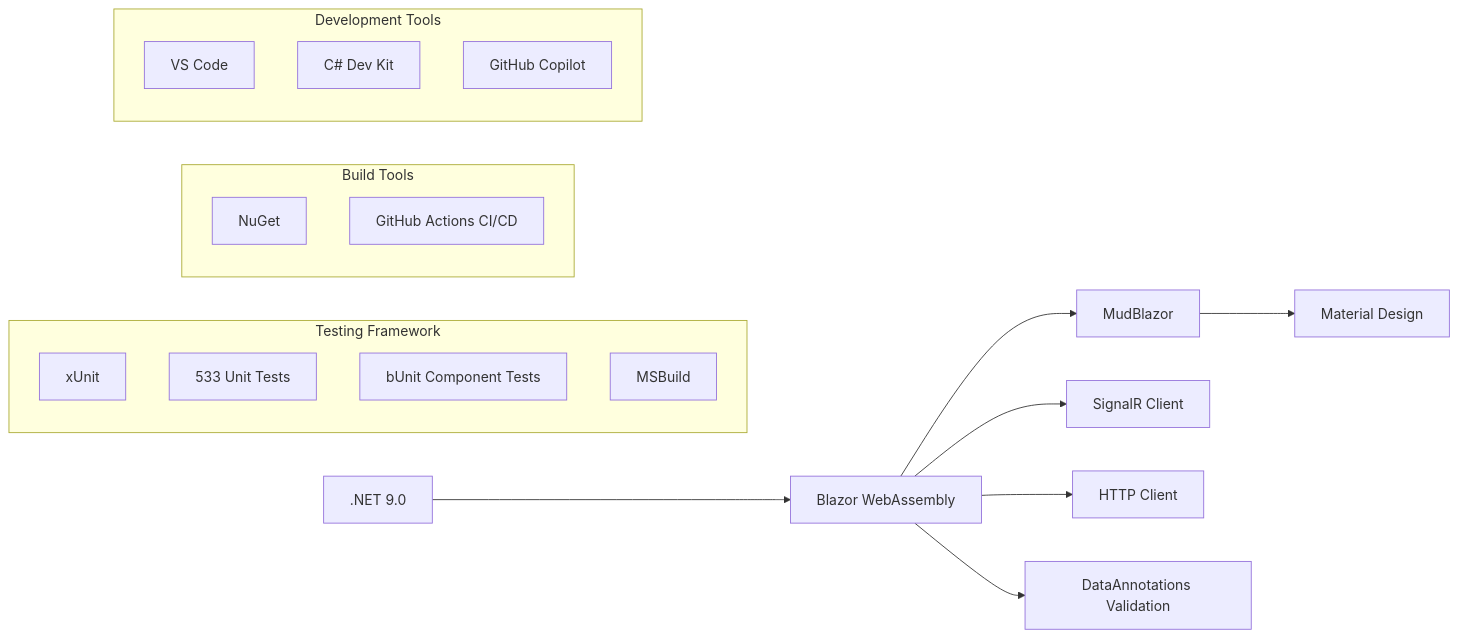
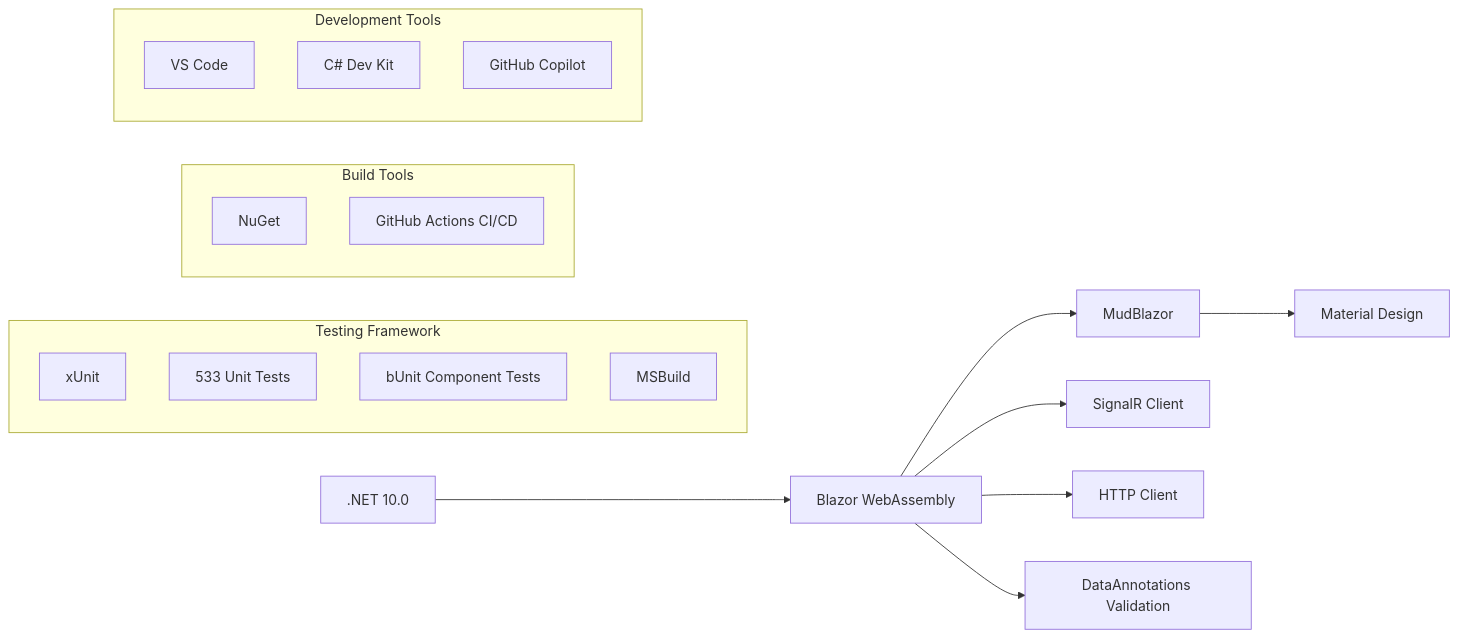
One commit to mongeon/RecettesIndex changed the fifth of 13 diagrams in docs/ARCHITECTURE.md. Above: the diagram before and after it, drawn with Mermaid. The commit also changed other lines of this file and 7 other files, not shown here.

First line of the commit message:
ci: build on .NET 10 and publish before uploading to Static Web Apps

````diff
--- a/docs/ARCHITECTURE.md
+++ b/docs/ARCHITECTURE.md
@@ -241,28 +241,28 @@
 ```mermaid
 graph LR
-    A[.NET 9.0] --> B[Blazor WebAssembly]
+    A[.NET 10.0] --> B[Blazor WebAssembly]
     B --> C[MudBlazor]
     C --> D[Material Design]
     B --> E[SignalR Client]
     B --> F[HTTP Client]
     B --> G[DataAnnotations Validation]
     
     subgraph "Testing Framework"
         H[xUnit]
         I[533 Unit Tests]
         J[bUnit Component Tests]
         K[Test Coverage]
     end
     
     subgraph "Build Tools"
         K[MSBuild]
         L[NuGet]
         M[GitHub Actions CI/CD]
     end
     
     subgraph "Development Tools"
         N[VS Code]
         O[C# Dev Kit]
         P[GitHub Copilot]
     end
 ```
````
